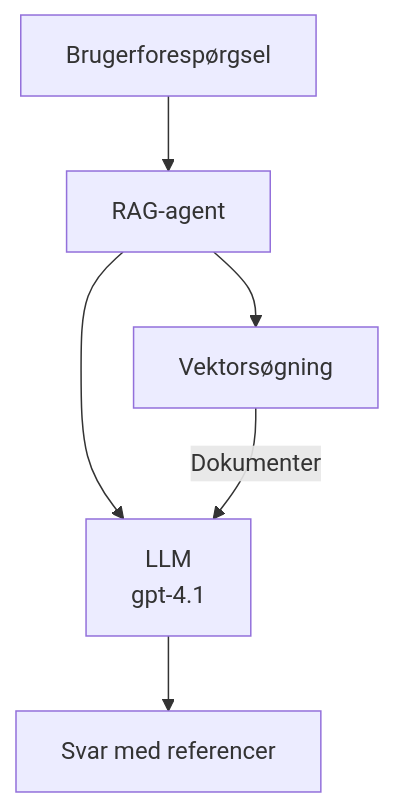
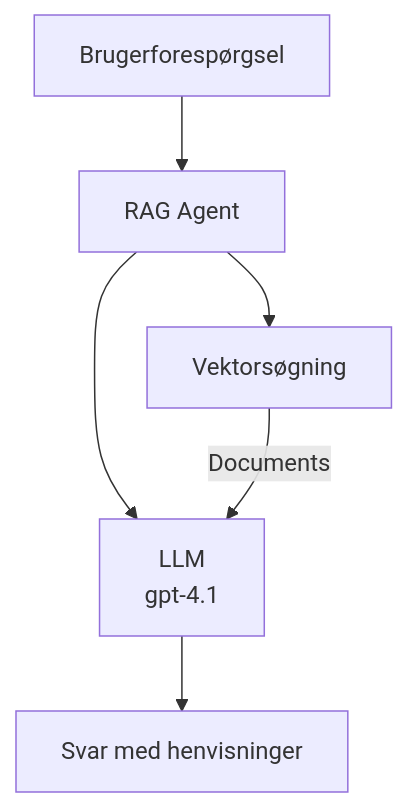
The second of 3 diagrams in translations/da/docs/chapter-02-ai-development/agents.md (microsoft/AZD-for-beginners), drawn with Mermaid before and after one commit. The commit also changed other lines of this file and 61 other files, not shown here.

````diff
--- a/translations/da/docs/chapter-02-ai-development/agents.md
+++ b/translations/da/docs/chapter-02-ai-development/agents.md
@@ -181,8 +181,8 @@
 ```mermaid
 graph TD
-    Query[Brugerforespørgsel] --> RAG[RAG-agent]
+    Query[Brugerforespørgsel] --> RAG[RAG Agent]
     RAG --> Vector[Vektorsøgning]
     RAG --> LLM[LLM<br/>gpt-4.1]
-    Vector -- Dokumenter --> LLM
-    LLM --> Response[Svar med referencer]
+    Vector -- Documents --> LLM
+    LLM --> Response[Svar med henvisninger]
 ```
````
